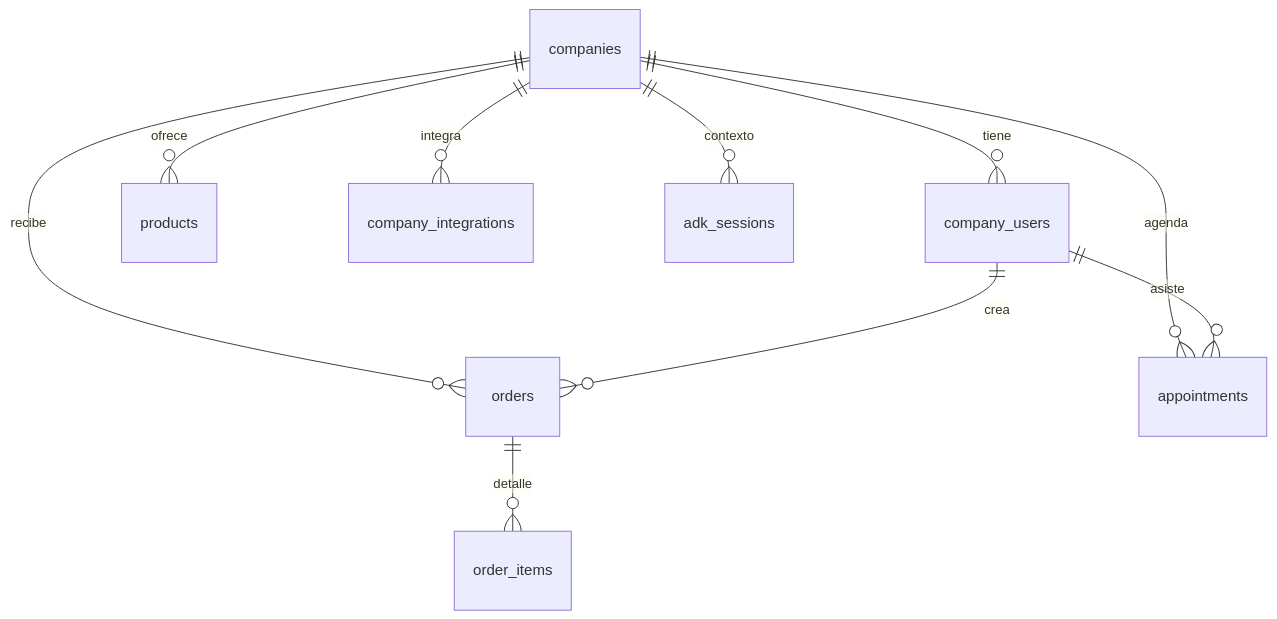
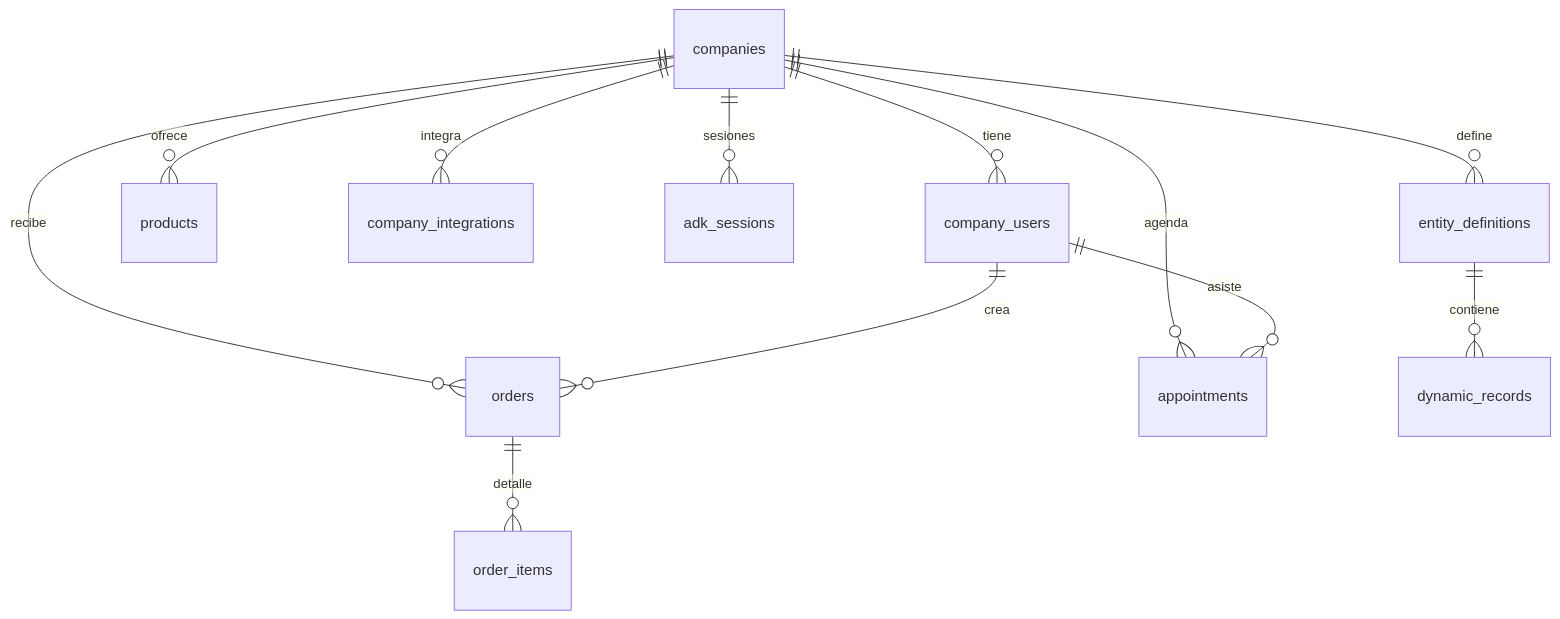
The first of 2 diagrams in .github/docs/db/DATABASE.md (Optus-development-team/optus-agentBE), drawn with Mermaid before and after one commit. The commit also changed other lines of this file and 3 other files, not shown here.

First line of the commit message:
Enhance documentation for multi-tenant backend structure and program flows

````diff
--- a/.github/docs/db/DATABASE.md
+++ b/.github/docs/db/DATABASE.md
@@ -5,12 +9,14 @@
 ```mermaid
 erDiagram
   companies ||--o{ company_users : "tiene"
   companies ||--o{ products : "ofrece"
   companies ||--o{ orders : "recibe"
   companies ||--o{ appointments : "agenda"
   companies ||--o{ company_integrations : "integra"
+  companies ||--o{ adk_sessions : "sesiones"
+  companies ||--o{ entity_definitions : "define"
   company_users ||--o{ orders : "crea"
+  company_users ||--o{ appointments : "asiste"
   orders ||--o{ order_items : "detalle"
-  company_users ||--o{ appointments : "asiste"
-  companies ||--o{ adk_sessions : "contexto"
+  entity_definitions ||--o{ dynamic_records : "contiene"
 ```
````
